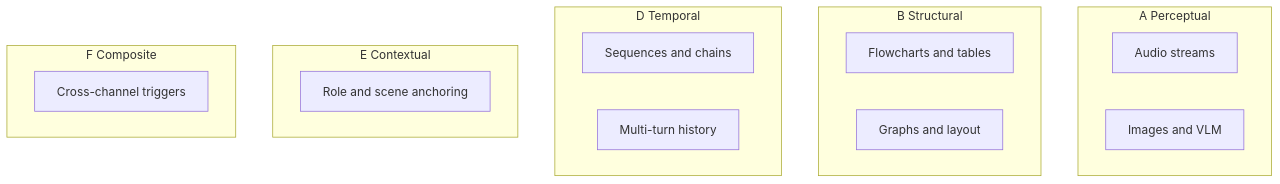
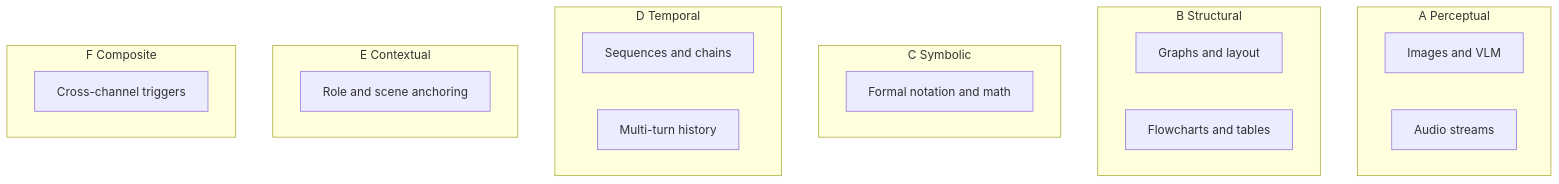
One commit to Vect0rdecay/lvlm-adversarial-carrier-modality-framework changed the diagram in carrier-modality-projects/README.md. Above: the diagram before and after it, drawn with Mermaid. The commit also changed other lines of this file and 3 other files, not shown here.

````diff
--- a/carrier-modality-projects/README.md
+++ b/carrier-modality-projects/README.md
@@ -5,21 +5,24 @@
 ```mermaid
 flowchart TB
   subgraph perceptual [A Perceptual]
+    vlm[Images and VLM]
     audio[Audio streams]
-    vlm[Images and VLM]
   end
   subgraph structural [B Structural]
+    graphs[Graphs and layout]
     flow[Flowcharts and tables]
-    graphs[Graphs and layout]
+  end
+  subgraph symbolic [C Symbolic]
+    notation[Formal notation and math]
   end
   subgraph temporal [D Temporal]
     video[Sequences and chains]
     multiturn[Multi-turn history]
   end
   subgraph contextual [E Contextual]
     role[Role and scene anchoring]
   end
   subgraph composite [F Composite]
     triggers[Cross-channel triggers]
   end
 ```
````
